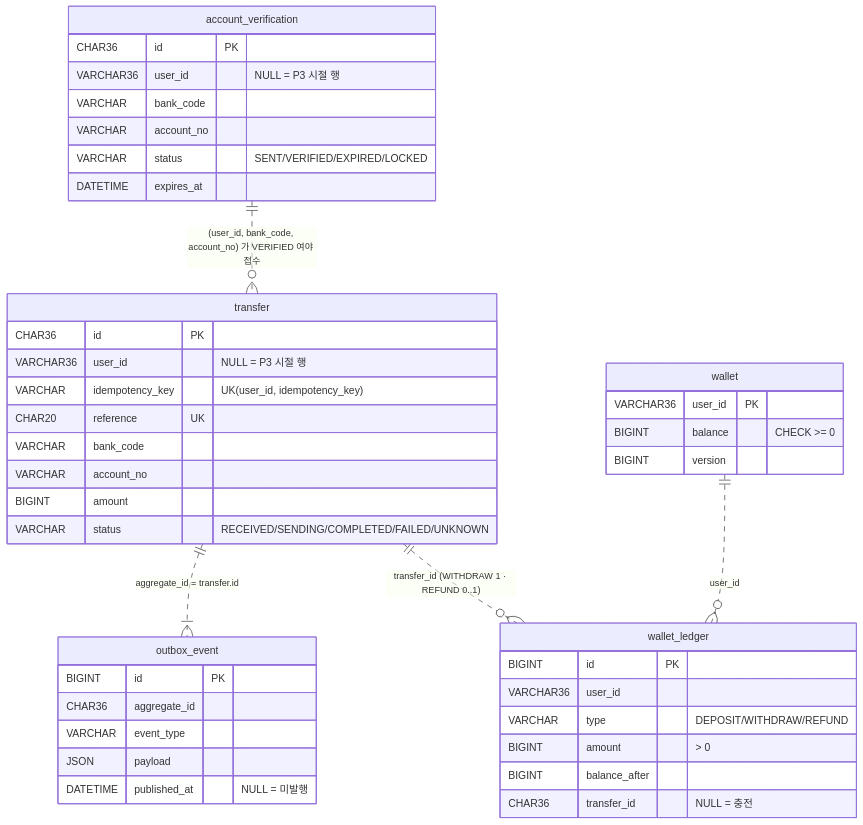
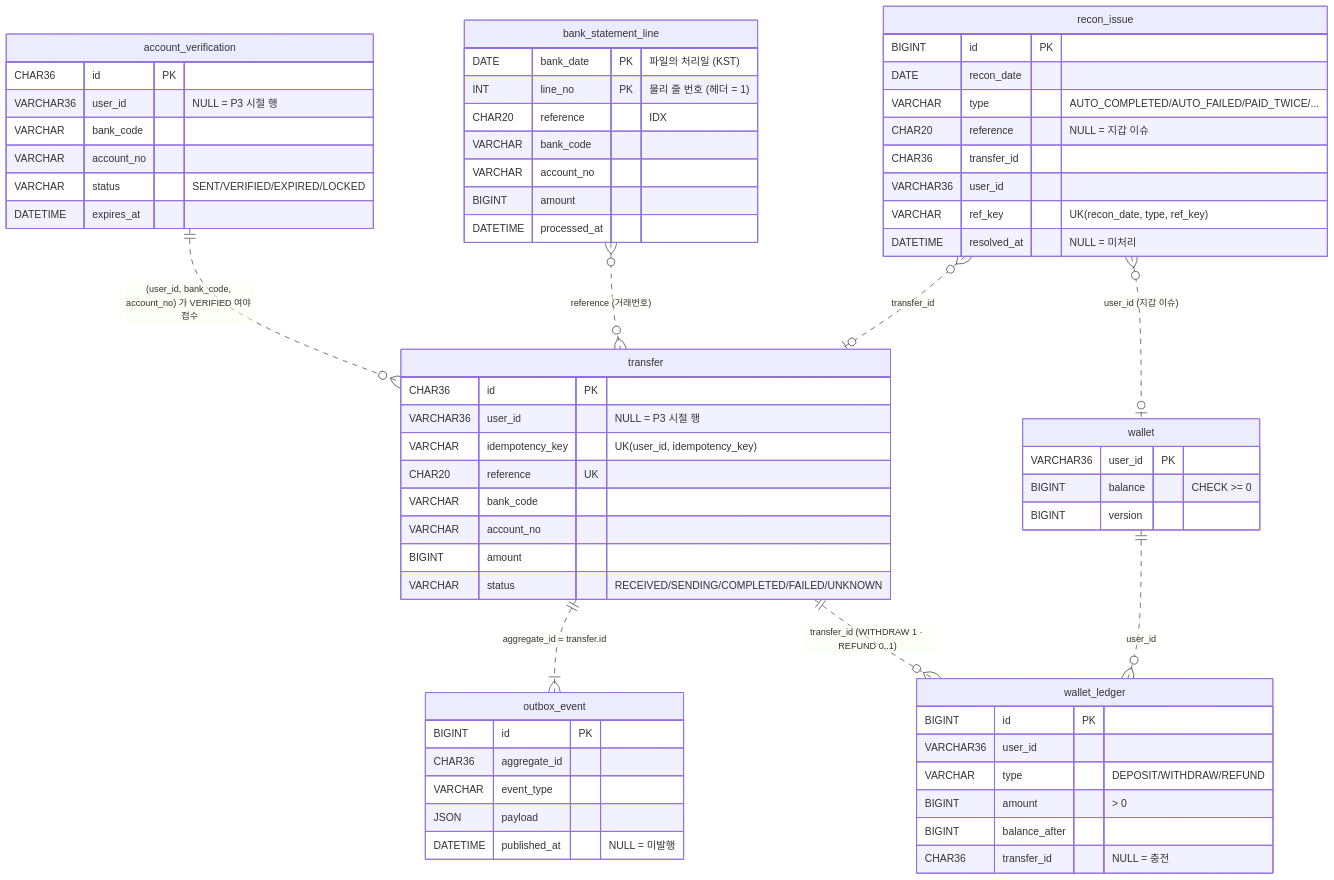
Before and after one commit to hyeokjinON/bank-transfer: the diagram in docs/database.md, drawn with Mermaid. The commit also changed other lines of this file and 17 other files, not shown here.

````diff
--- a/docs/database.md
+++ b/docs/database.md
@@ -47,45 +49,67 @@
 ```mermaid
 erDiagram
     account_verification {
         CHAR36 id PK
         VARCHAR36 user_id "NULL = P3 시절 행"
         VARCHAR bank_code
         VARCHAR account_no
         VARCHAR status "SENT/VERIFIED/EXPIRED/LOCKED"
         DATETIME expires_at
     }
     transfer {
         CHAR36 id PK
         VARCHAR36 user_id "NULL = P3 시절 행"
         VARCHAR idempotency_key "UK(user_id, idempotency_key)"
         CHAR20 reference UK
         VARCHAR bank_code
         VARCHAR account_no
         BIGINT amount
         VARCHAR status "RECEIVED/SENDING/COMPLETED/FAILED/UNKNOWN"
     }
     outbox_event {
         BIGINT id PK
         CHAR36 aggregate_id
         VARCHAR event_type
         JSON payload
         DATETIME published_at "NULL = 미발행"
     }
     wallet {
         VARCHAR36 user_id PK
         BIGINT balance "CHECK >= 0"
         BIGINT version
     }
     wallet_ledger {
         BIGINT id PK
         VARCHAR36 user_id
         VARCHAR type "DEPOSIT/WITHDRAW/REFUND"
         BIGINT amount "> 0"
         BIGINT balance_after
         CHAR36 transfer_id "NULL = 충전"
     }
+    bank_statement_line {
+        DATE bank_date PK "파일의 처리일 (KST)"
+        INT line_no PK "물리 줄 번호 (헤더 = 1)"
+        CHAR20 reference "IDX"
+        VARCHAR bank_code
+        VARCHAR account_no
+        BIGINT amount
+        DATETIME processed_at
+    }
+    recon_issue {
+        BIGINT id PK
+        DATE recon_date
+        VARCHAR type "AUTO_COMPLETED/AUTO_FAILED/PAID_TWICE/..."
+        CHAR20 reference "NULL = 지갑 이슈"
+        CHAR36 transfer_id
+        VARCHAR36 user_id
+        VARCHAR ref_key "UK(recon_date, type, ref_key)"
+        DATETIME resolved_at "NULL = 미처리"
+    }
     account_verification ||..o{ transfer : "(user_id, bank_code, account_no) 가 VERIFIED 여야 접수"
     transfer ||..|{ outbox_event : "aggregate_id = transfer.id"
     wallet ||..o{ wallet_ledger : "user_id"
     transfer ||..o{ wallet_ledger : "transfer_id (WITHDRAW 1 · REFUND 0..1)"
+    recon_issue }o..o| transfer : "transfer_id"
+    recon_issue }o..o| wallet : "user_id (지갑 이슈)"
+    bank_statement_line }o..o{ transfer : "reference (거래번호)"
 ```
````
